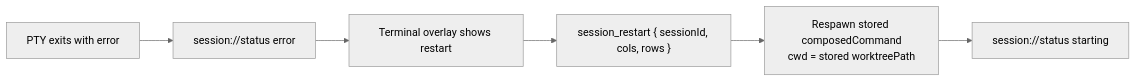
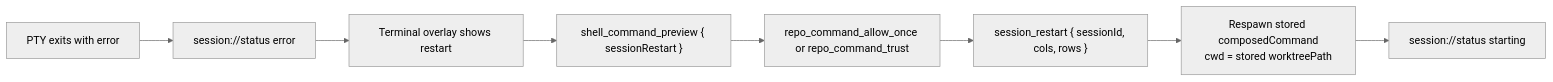
Before and after one commit to mcaden/arborist: the fifth of 7 diagrams in docs/runtime-flows.md, drawn with Mermaid (neutral theme). The commit also changed other lines of this file and 45 other files, not shown here.

First line of the commit message:
Harden repo shell command trust

````diff
--- a/docs/runtime-flows.md
+++ b/docs/runtime-flows.md
@@ -121,8 +135,10 @@
 ```mermaid
 flowchart LR
     Exit["PTY exits with error"] --> Status["session://status error"]
     Status --> Overlay["Terminal overlay shows restart"]
-    Overlay --> Restart["session_restart { sessionId, cols, rows }"]
+    Overlay --> Preview["shell_command_preview { sessionRestart }"]
+    Preview --> Approve["repo_command_allow_once or repo_command_trust"]
+    Approve --> Restart["session_restart { sessionId, cols, rows }"]
     Restart --> Spawn["Respawn stored composedCommand<br/>cwd = stored worktreePath"]
     Spawn --> Starting["session://status starting"]
 ```
````
